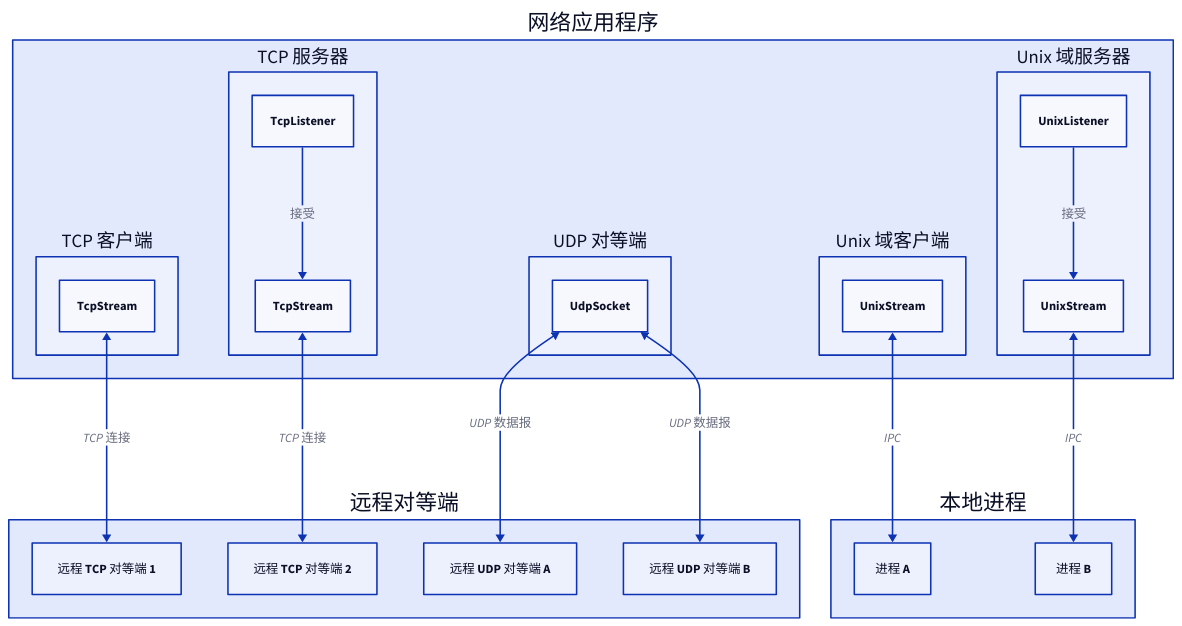
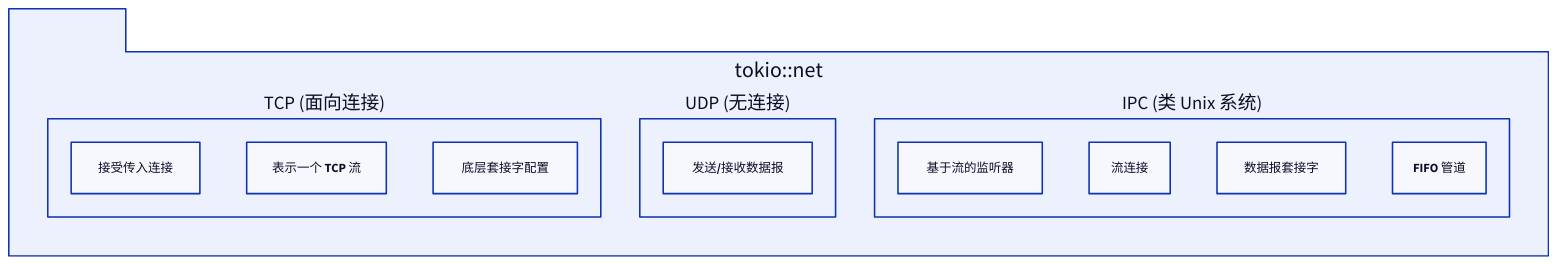
One commit to lban2049/tokio changed the diagram in .aigne/doc-smith/docs/api-net.zh.md. Above: the diagram before and after it, drawn with D2. The commit also changed other lines of this file and 42 other files, not shown here.

````diff
--- a/.aigne/doc-smith/docs/api-net.zh.md
+++ b/.aigne/doc-smith/docs/api-net.zh.md
@@ -9,44 +9,29 @@
 ```d2
 direction: down
 
-"网络应用程序": {
-  "TCP 服务器": {
-    "TcpListener" -> "TcpStream" : 接受
-  }
-  
-  "TCP 客户端": {
-    "TcpStream"
+"tokio::net": {
+  shape: package
+  grid-columns: 3
+  grid-gap: 50
+
+  "TCP (面向连接)": {
+    shape: rectangle
+    "TcpListener": "接受传入连接"
+    "TcpStream": "表示一个 TCP 流"
+    "TcpSocket": "底层套接字配置"
   }
 
-  "UDP 对等端": {
-    "UdpSocket"
-  }
-  
-  "Unix 域服务器": {
-    "UnixListener" -> "UnixStream" : 接受
+  "UDP (无连接)": {
+    shape: rectangle
+    "UdpSocket": "发送/接收数据报"
   }
 
-  "Unix 域客户端": {
-    "UnixStream"
+  "IPC (类 Unix 系统)": {
+    shape: rectangle
+    "UnixListener": "基于流的监听器"
+    "UnixStream": "流连接"
+    "UnixDatagram": "数据报套接字"
+    "Pipes": "FIFO 管道"
   }
 }
-
-"远程对等端": {
-  "远程 TCP 对等端 1"
-  "远程 TCP 对等端 2"
-  "远程 UDP 对等端 A"
-  "远程 UDP 对等端 B"
-}
-
-"本地进程": {
-  "进程 A"
-  "进程 B"
-}
-
-"网络应用程序"."TCP 客户端"."TcpStream" <-> "远程对等端"."远程 TCP 对等端 1": TCP 连接
-"网络应用程序"."TCP 服务器"."TcpStream" <-> "远程对等端"."远程 TCP 对等端 2": TCP 连接
-"网络应用程序"."UDP 对等端"."UdpSocket" <-> "远程对等端"."远程 UDP 对等端 A": UDP 数据报
-"网络应用程序"."UDP 对等端"."UdpSocket" <-> "远程对等端"."远程 UDP 对等端 B": UDP 数据报
-"网络应用程序"."Unix 域客户端"."UnixStream" <-> "本地进程"."进程 A": IPC
-"网络应用程序"."Unix 域服务器"."UnixStream" <-> "本地进程"."进程 B": IPC
 ```
````
